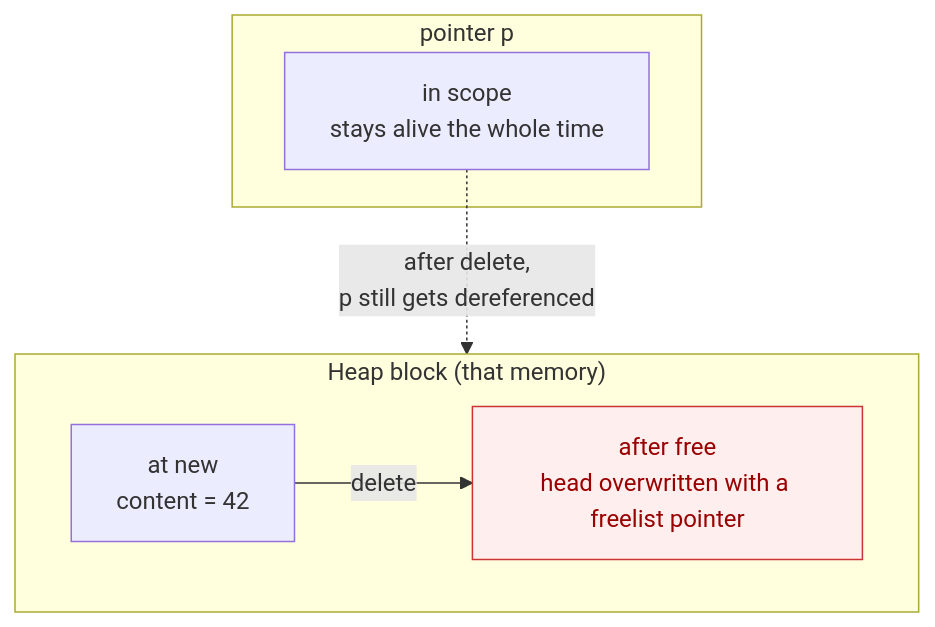
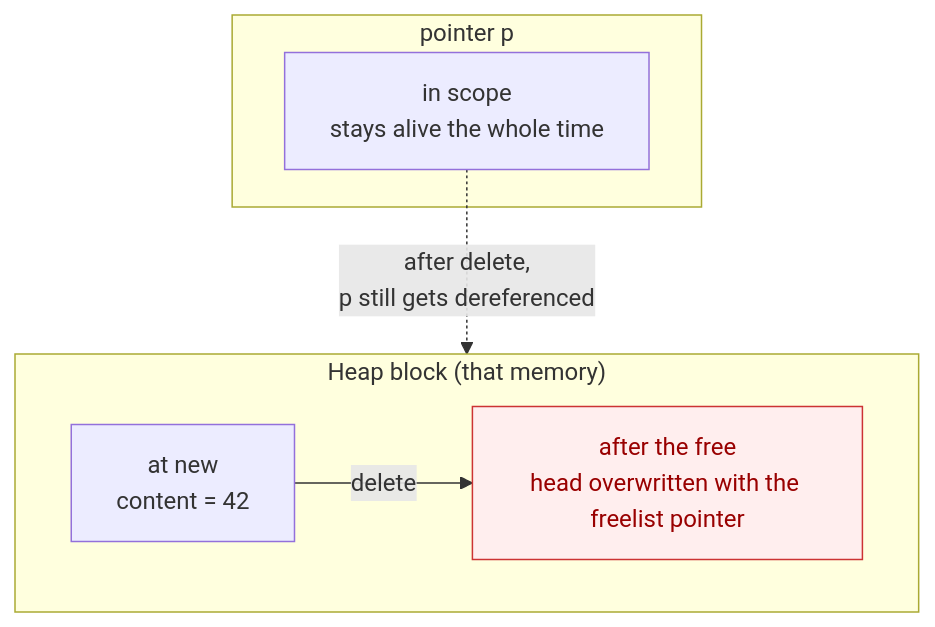
Before and after one commit to Awesome-Embedded-Learning-Studio/Tutorial_AwesomeModernCPP: the first of 2 diagrams in documents/en/crash-lab/a-memory-safety/02-use-after-free.md, drawn with Mermaid. The commit also changed other lines of this file and 605 other files, not shown here.

````diff
--- a/documents/en/crash-lab/a-memory-safety/02-use-after-free.md
+++ b/documents/en/crash-lab/a-memory-safety/02-use-after-free.md
@@ -78,12 +79,12 @@
 ```mermaid
 graph TB
   subgraph Mem["Heap block (that memory)"]
     direction LR
-    M1["at new<br/>content = 42"] -->|delete| M2["after free<br/>head overwritten with a freelist pointer"]
+    M1["at new<br/>content = 42"] -->|delete| M2["after the free<br/>head overwritten with the freelist pointer"]
   end
   subgraph Ptr["pointer p"]
     P1["in scope<br/>stays alive the whole time"]
   end
   P1 -. "after delete,<br/>p still gets dereferenced" .-> M2
   style M2 fill:#fee,stroke:#c33,color:#900
 ```
````
